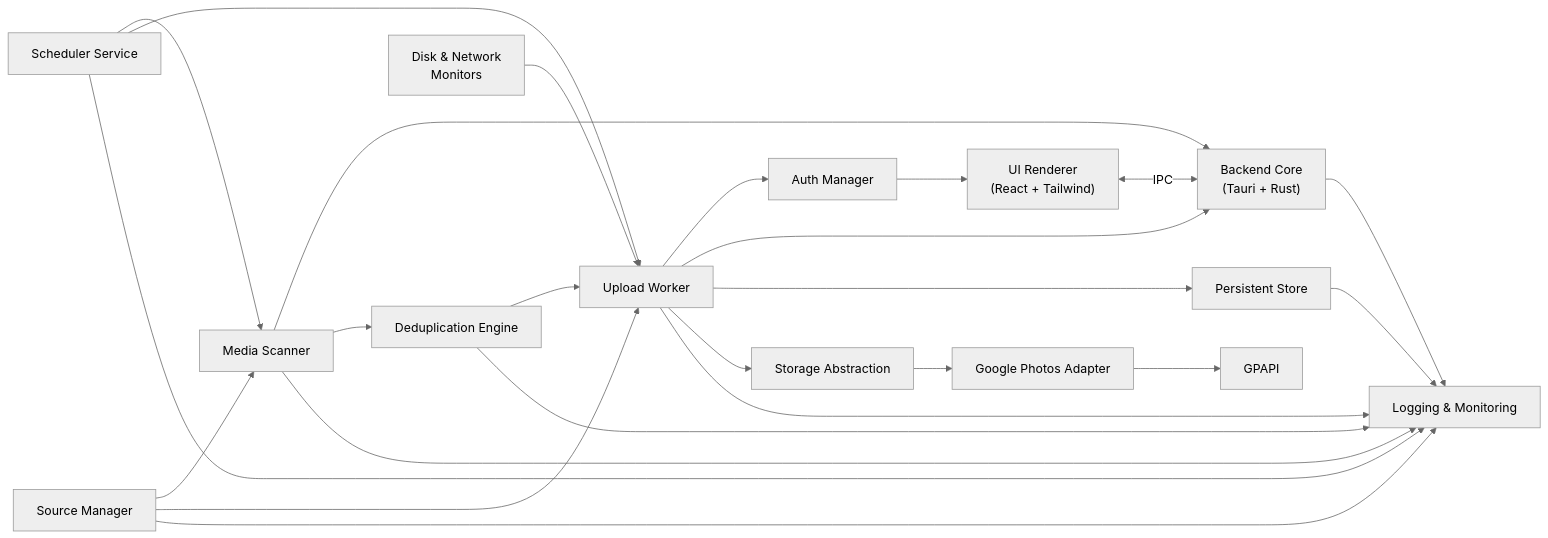
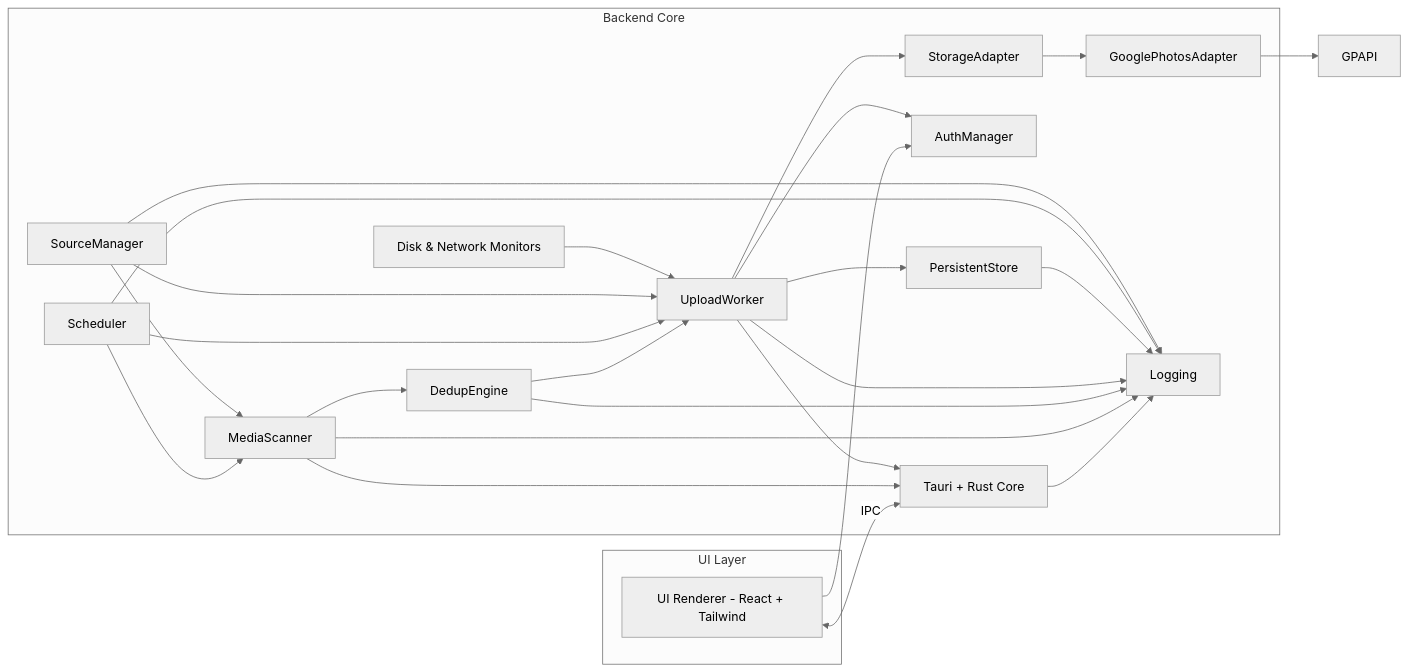
The second of 4 diagrams in docs/3-TDD-HLD.md (jjskuld/photo-migrator), drawn with Mermaid (neutral theme) before and after one commit. The commit also changed other lines of this file and 2 other files, not shown here.

````diff
--- a/docs/3-TDD-HLD.md
+++ b/docs/3-TDD-HLD.md
@@ -113,40 +106,44 @@
 ```mermaid
 flowchart LR
-  UIRenderer["UI Renderer<br/>(React + Tailwind)"]
-  BackendCore["Backend Core<br/>(Tauri + Rust)"]
-  AuthManager["Auth Manager"]
-  MediaScanner["Media Scanner"]
-  DedupEngine["Deduplication Engine"]
-  UploadWorker["Upload Worker"]
-  PersistentStore["Persistent Store"]
-  DiskNetwork["Disk & Network<br/>Monitors"]
-  Scheduler["Scheduler Service"]
-  SourceManager["Source Manager"]
-  StorageAdapter["Storage Abstraction"]
-  GooglePhotosAdapter["Google Photos Adapter"]
-  Logging["Logging & Monitoring"]
+  subgraph UI Layer
+    UIRenderer[UI Renderer - React + Tailwind]
+  end
+  subgraph Backend Core
+    BackendCore[Tauri + Rust Core]
+    AuthManager
+    MediaScanner
+    DedupEngine
+    UploadWorker
+    PersistentStore
+    Scheduler
+    SourceManager
+    StorageAdapter
+    GooglePhotosAdapter
+    Logging
+    DiskNetwork[Disk & Network Monitors]
+  end
 
   UIRenderer <-->|IPC| BackendCore
-  AuthManager --> UIRenderer
+  UIRenderer --> AuthManager
   MediaScanner --> BackendCore
   MediaScanner --> DedupEngine
   DedupEngine --> UploadWorker
   UploadWorker --> AuthManager
   UploadWorker --> BackendCore
   UploadWorker --> PersistentStore
   Scheduler --> MediaScanner
   Scheduler --> UploadWorker
   SourceManager --> MediaScanner
   SourceManager --> UploadWorker
   UploadWorker --> StorageAdapter
   StorageAdapter --> GooglePhotosAdapter
   GooglePhotosAdapter --> GPAPI
   BackendCore --> Logging
   MediaScanner --> Logging
   DedupEngine --> Logging
   UploadWorker --> Logging
   PersistentStore --> Logging
   Scheduler --> Logging
   SourceManager --> Logging
   DiskNetwork --> UploadWorker
 ```
````
